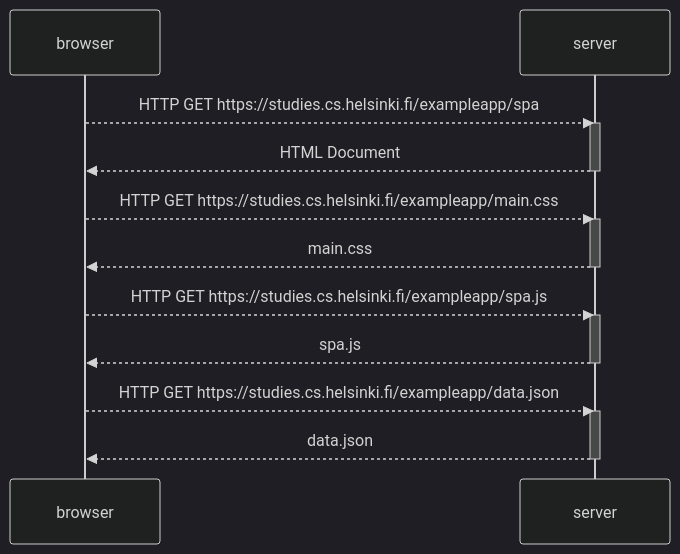
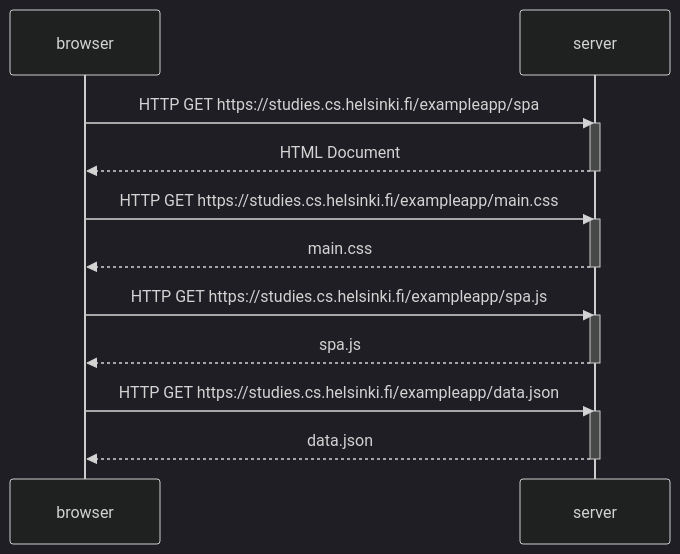
The diagram in part0/0.5.md (AxelAxhag/Fullstack--Helsinki-University), drawn with Mermaid (dark theme) before and after one commit. The commit also changed 2 other files, not shown here.

Commit message:
part 0.6

````diff
--- a/part0/0.5.md
+++ b/part0/0.5.md
@@ -1,26 +1,26 @@
 ```mermaid
     sequenceDiagram
         participant browser
         participant server
 
-        browser-->>server: HTTP GET https://studies.cs.helsinki.fi/exampleapp/spa
+        browser->>server: HTTP GET https://studies.cs.helsinki.fi/exampleapp/spa
         activate server
         server-->>browser: HTML Document
         deactivate server
 
-        browser-->>server: HTTP GET https://studies.cs.helsinki.fi/exampleapp/main.css
+        browser->>server: HTTP GET https://studies.cs.helsinki.fi/exampleapp/main.css
         activate server
         server-->>browser: main.css
         deactivate server
 
-        browser-->>server: HTTP GET https://studies.cs.helsinki.fi/exampleapp/spa.js
+        browser->>server: HTTP GET https://studies.cs.helsinki.fi/exampleapp/spa.js
         activate server
         server-->>browser: spa.js
         deactivate server
 
-        browser-->>server: HTTP GET https://studies.cs.helsinki.fi/exampleapp/data.json
+        browser->>server: HTTP GET https://studies.cs.helsinki.fi/exampleapp/data.json
         activate server
         server-->>browser: data.json
         deactivate server
 
 ```
````
